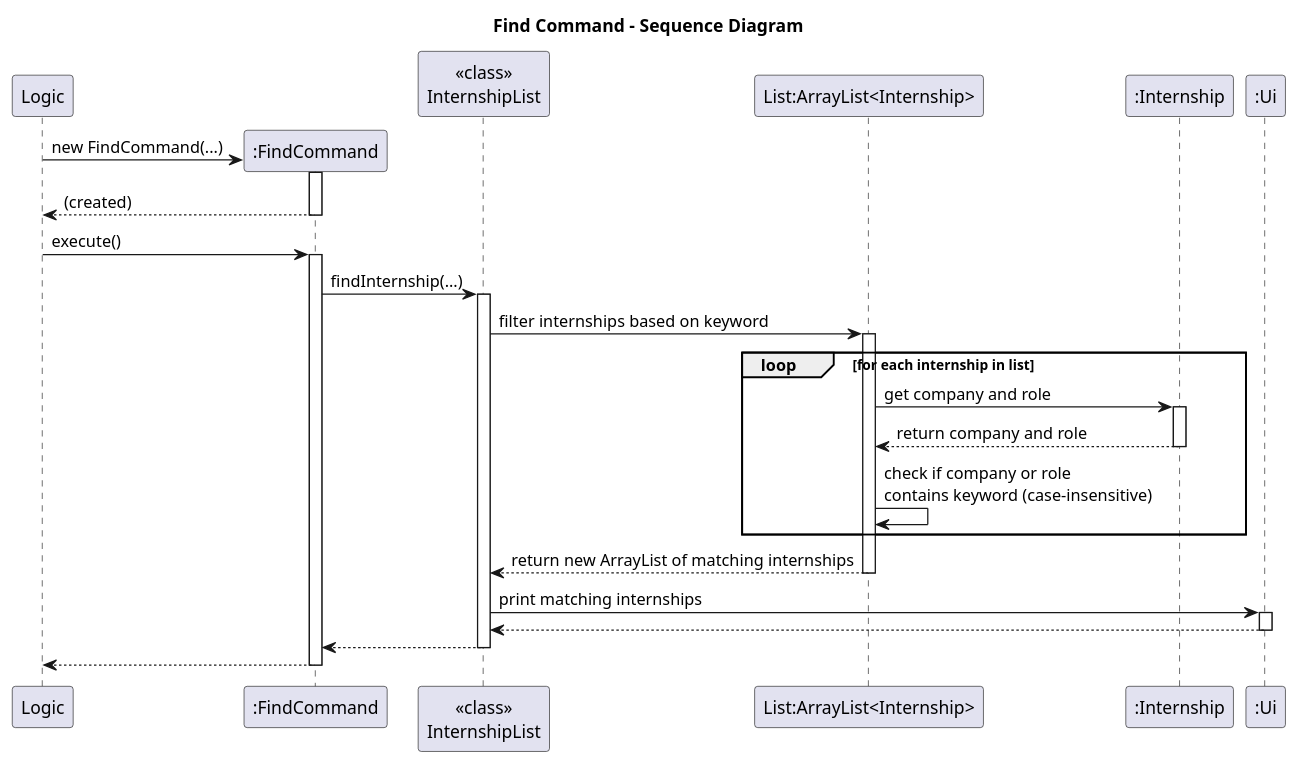
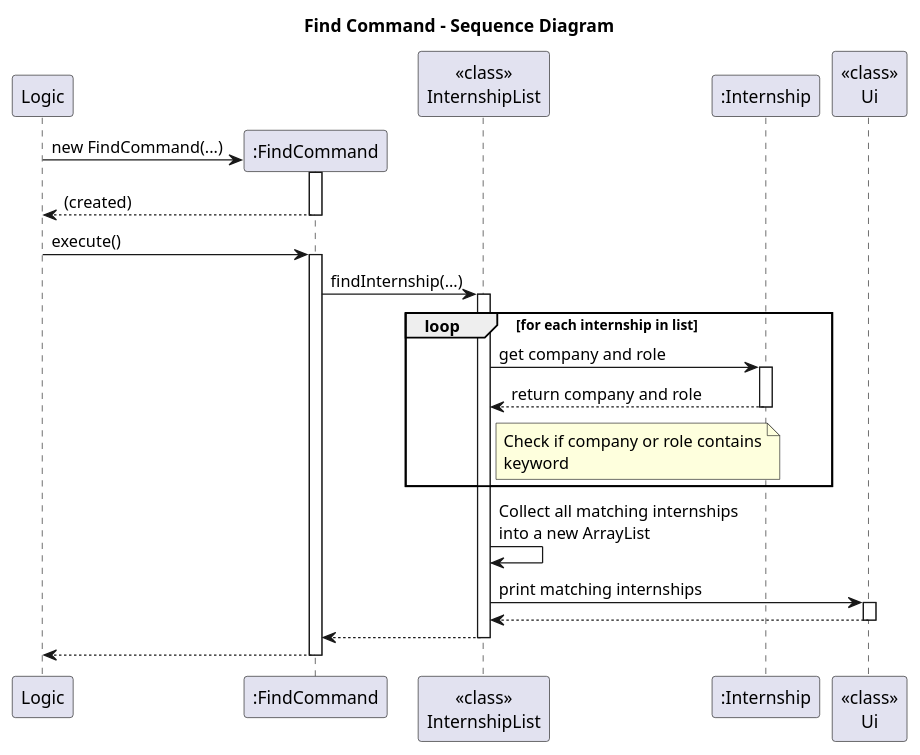
One commit to AY2526S1-CS2113-W14-4/tp changed the diagram in docs/diagrams/FindCommandSD.puml. Above: the diagram before and after it, drawn with PlantUML.

Commit message:
Update FindCommand sequence diagram to remove ArrayList

```diff
--- a/docs/diagrams/FindCommandSD.puml
+++ b/docs/diagrams/FindCommandSD.puml
@@ -1,46 +1,41 @@
 @startuml
 title Find Command - Sequence Diagram
 
 participant Logic
 participant ":FindCommand" as FC
 participant "<<class>>\nInternshipList" as IL
-participant "List:ArrayList<Internship>" as LI
 participant ":Internship" as IN
-participant ":Ui" as Ui
+participant "<<class>>\nUi" as Ui
 
 Logic -> FC**: new FindCommand(...)
 activate FC
 return (created)
 
 Logic -> FC: execute()
 activate FC
 
 FC -> IL: findInternship(...)
 activate IL
 
-IL -> LI: filter internships based on keyword
-activate LI
-
 loop for each internship in list
-    LI -> IN: get company and role
+    IL -> IN: get company and role
     activate IN
-    IN --> LI: return company and role
+    IN --> IL: return company and role
     deactivate IN
-    LI -> LI: check if company or role\ncontains keyword (case-insensitive)
+    note right of IL: Check if company or role contains\nkeyword
 end
 
-LI --> IL: return new ArrayList of matching internships
-deactivate LI
+IL -> IL: Collect all matching internships\ninto a new ArrayList
 
 IL -> Ui: print matching internships
 activate Ui
 Ui --> IL
 deactivate Ui
 
 IL --> FC
 deactivate IL
 
 FC --> Logic
 deactivate FC
 
 @enduml
```
